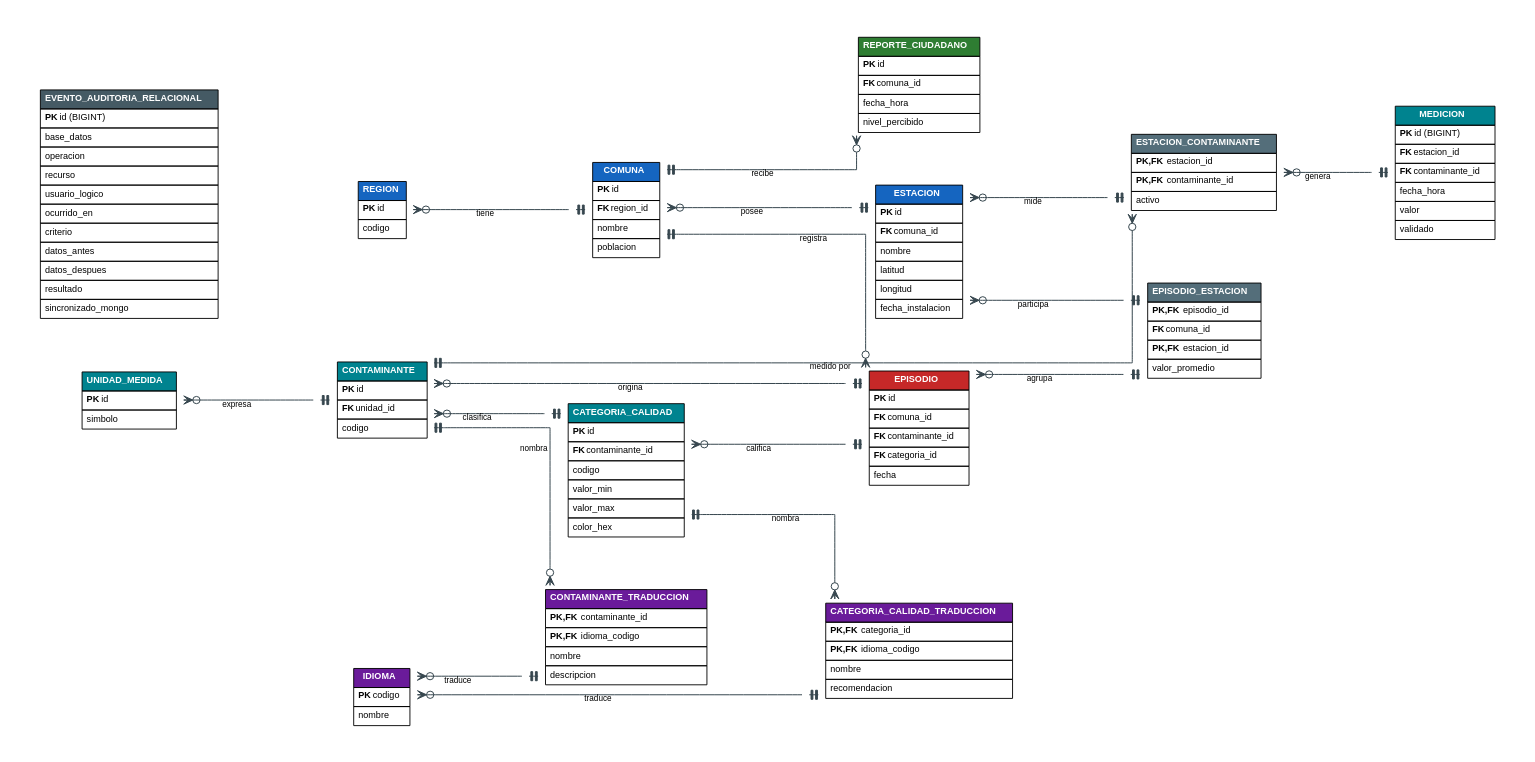
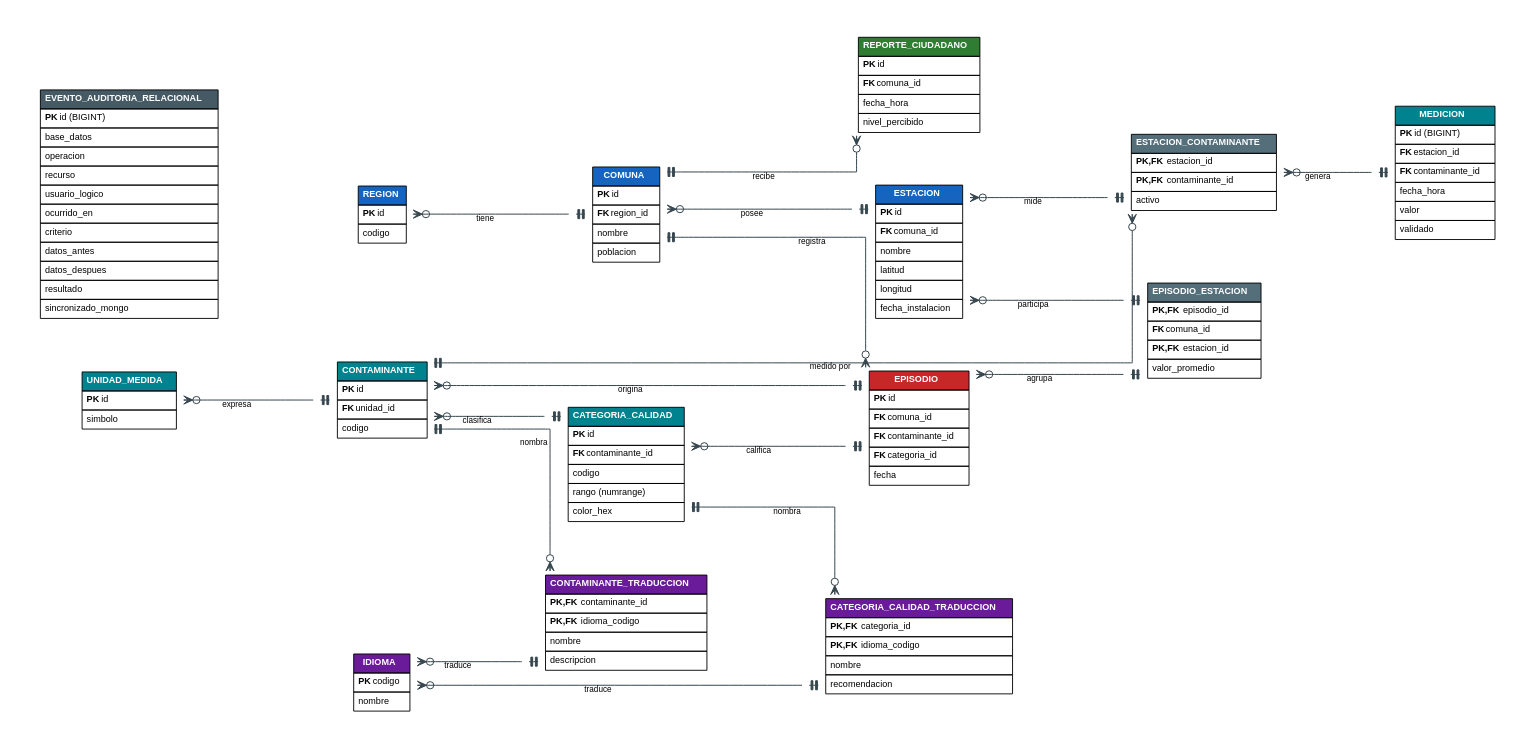
Before and after one commit to raztor/proyecto-bdd: the diagram in db/mer/mer.dot, drawn with Graphviz. The commit also changed 7 other files, not shown here.

```diff
--- a/db/mer/mer.dot
+++ b/db/mer/mer.dot
@@ -1,170 +1,169 @@
 digraph MER {
     rankdir=LR;
     bgcolor="white";
     nodesep=0.7;
     ranksep=1.6;
     splines=ortho;
     graph [fontname="Helvetica", pad="0.4"];
     node  [shape=plaintext, fontname="Helvetica", fontsize=10];
     edge  [dir=both, arrowtail=teetee, arrowhead=crowodot,
            color="#37474F", penwidth=1.1, fontname="Helvetica", fontsize=9];
 
     region [label=<
       <table border="0" cellborder="1" cellspacing="0" cellpadding="4" bgcolor="white">
         <tr><td bgcolor="#1565C0"><font color="white"><b>REGION</b></font></td></tr>
         <tr><td align="left"><b>PK</b> id</td></tr>
         <tr><td align="left">codigo</td></tr>
       </table>>];
 
     comuna [label=<
       <table border="0" cellborder="1" cellspacing="0" cellpadding="4" bgcolor="white">
         <tr><td bgcolor="#1565C0"><font color="white"><b>COMUNA</b></font></td></tr>
         <tr><td align="left"><b>PK</b> id</td></tr>
         <tr><td align="left"><b>FK</b> region_id</td></tr>
         <tr><td align="left">nombre</td></tr>
         <tr><td align="left">poblacion</td></tr>
       </table>>];
 
     estacion [label=<
       <table border="0" cellborder="1" cellspacing="0" cellpadding="4" bgcolor="white">
         <tr><td bgcolor="#1565C0"><font color="white"><b>ESTACION</b></font></td></tr>
         <tr><td align="left"><b>PK</b> id</td></tr>
         <tr><td align="left"><b>FK</b> comuna_id</td></tr>
         <tr><td align="left">nombre</td></tr>
         <tr><td align="left">latitud</td></tr>
         <tr><td align="left">longitud</td></tr>
         <tr><td align="left">fecha_instalacion</td></tr>
       </table>>];
 
     unidad_medida [label=<
       <table border="0" cellborder="1" cellspacing="0" cellpadding="4" bgcolor="white">
         <tr><td bgcolor="#00838F"><font color="white"><b>UNIDAD_MEDIDA</b></font></td></tr>
         <tr><td align="left"><b>PK</b> id</td></tr>
         <tr><td align="left">simbolo</td></tr>
       </table>>];
 
     contaminante [label=<
       <table border="0" cellborder="1" cellspacing="0" cellpadding="4" bgcolor="white">
         <tr><td bgcolor="#00838F"><font color="white"><b>CONTAMINANTE</b></font></td></tr>
         <tr><td align="left"><b>PK</b> id</td></tr>
         <tr><td align="left"><b>FK</b> unidad_id</td></tr>
         <tr><td align="left">codigo</td></tr>
       </table>>];
 
     estacion_contaminante [label=<
       <table border="0" cellborder="1" cellspacing="0" cellpadding="4" bgcolor="white">
         <tr><td bgcolor="#546E7A"><font color="white"><b>ESTACION_CONTAMINANTE</b></font></td></tr>
         <tr><td align="left"><b>PK,FK</b> estacion_id</td></tr>
         <tr><td align="left"><b>PK,FK</b> contaminante_id</td></tr>
         <tr><td align="left">activo</td></tr>
       </table>>];
 
     medicion [label=<
       <table border="0" cellborder="1" cellspacing="0" cellpadding="4" bgcolor="white">
         <tr><td bgcolor="#00838F"><font color="white"><b>MEDICION</b></font></td></tr>
         <tr><td align="left"><b>PK</b> id (BIGINT)</td></tr>
         <tr><td align="left"><b>FK</b> estacion_id</td></tr>
         <tr><td align="left"><b>FK</b> contaminante_id</td></tr>
         <tr><td align="left">fecha_hora</td></tr>
         <tr><td align="left">valor</td></tr>
         <tr><td align="left">validado</td></tr>
       </table>>];
 
     categoria_calidad [label=<
       <table border="0" cellborder="1" cellspacing="0" cellpadding="4" bgcolor="white">
         <tr><td bgcolor="#00838F"><font color="white"><b>CATEGORIA_CALIDAD</b></font></td></tr>
         <tr><td align="left"><b>PK</b> id</td></tr>
         <tr><td align="left"><b>FK</b> contaminante_id</td></tr>
         <tr><td align="left">codigo</td></tr>
-        <tr><td align="left">valor_min</td></tr>
-        <tr><td align="left">valor_max</td></tr>
+        <tr><td align="left">rango (numrange)</td></tr>
         <tr><td align="left">color_hex</td></tr>
       </table>>];
 
     episodio [label=<
       <table border="0" cellborder="1" cellspacing="0" cellpadding="4" bgcolor="white">
         <tr><td bgcolor="#C62828"><font color="white"><b>EPISODIO</b></font></td></tr>
         <tr><td align="left"><b>PK</b> id</td></tr>
         <tr><td align="left"><b>FK</b> comuna_id</td></tr>
         <tr><td align="left"><b>FK</b> contaminante_id</td></tr>
         <tr><td align="left"><b>FK</b> categoria_id</td></tr>
         <tr><td align="left">fecha</td></tr>
       </table>>];
 
     episodio_estacion [label=<
       <table border="0" cellborder="1" cellspacing="0" cellpadding="4" bgcolor="white">
         <tr><td bgcolor="#546E7A"><font color="white"><b>EPISODIO_ESTACION</b></font></td></tr>
         <tr><td align="left"><b>PK,FK</b> episodio_id</td></tr>
         <tr><td align="left"><b>FK</b> comuna_id</td></tr>
         <tr><td align="left"><b>PK,FK</b> estacion_id</td></tr>
         <tr><td align="left">valor_promedio</td></tr>
       </table>>];
 
     reporte_ciudadano [label=<
       <table border="0" cellborder="1" cellspacing="0" cellpadding="4" bgcolor="white">
         <tr><td bgcolor="#2E7D32"><font color="white"><b>REPORTE_CIUDADANO</b></font></td></tr>
         <tr><td align="left"><b>PK</b> id</td></tr>
         <tr><td align="left"><b>FK</b> comuna_id</td></tr>
         <tr><td align="left">fecha_hora</td></tr>
         <tr><td align="left">nivel_percibido</td></tr>
       </table>>];
 
     idioma [label=<
       <table border="0" cellborder="1" cellspacing="0" cellpadding="4" bgcolor="white">
         <tr><td bgcolor="#6A1B9A"><font color="white"><b>IDIOMA</b></font></td></tr>
         <tr><td align="left"><b>PK</b> codigo</td></tr>
         <tr><td align="left">nombre</td></tr>
       </table>>];
 
     contaminante_traduccion [label=<
       <table border="0" cellborder="1" cellspacing="0" cellpadding="4" bgcolor="white">
         <tr><td bgcolor="#6A1B9A"><font color="white"><b>CONTAMINANTE_TRADUCCION</b></font></td></tr>
         <tr><td align="left"><b>PK,FK</b> contaminante_id</td></tr>
         <tr><td align="left"><b>PK,FK</b> idioma_codigo</td></tr>
         <tr><td align="left">nombre</td></tr>
         <tr><td align="left">descripcion</td></tr>
       </table>>];
 
     categoria_calidad_traduccion [label=<
       <table border="0" cellborder="1" cellspacing="0" cellpadding="4" bgcolor="white">
         <tr><td bgcolor="#6A1B9A"><font color="white"><b>CATEGORIA_CALIDAD_TRADUCCION</b></font></td></tr>
         <tr><td align="left"><b>PK,FK</b> categoria_id</td></tr>
         <tr><td align="left"><b>PK,FK</b> idioma_codigo</td></tr>
         <tr><td align="left">nombre</td></tr>
         <tr><td align="left">recomendacion</td></tr>
       </table>>];
 
     evento_auditoria_relacional [label=<
       <table border="0" cellborder="1" cellspacing="0" cellpadding="4" bgcolor="white">
         <tr><td bgcolor="#455A64"><font color="white"><b>EVENTO_AUDITORIA_RELACIONAL</b></font></td></tr>
         <tr><td align="left"><b>PK</b> id (BIGINT)</td></tr>
         <tr><td align="left">base_datos</td></tr>
         <tr><td align="left">operacion</td></tr>
         <tr><td align="left">recurso</td></tr>
         <tr><td align="left">usuario_logico</td></tr>
         <tr><td align="left">ocurrido_en</td></tr>
         <tr><td align="left">criterio</td></tr>
         <tr><td align="left">datos_antes</td></tr>
         <tr><td align="left">datos_despues</td></tr>
         <tr><td align="left">resultado</td></tr>
         <tr><td align="left">sincronizado_mongo</td></tr>
       </table>>];
 
     region        -> comuna                [xlabel="tiene"];
     comuna        -> estacion              [xlabel="posee"];
     comuna        -> episodio              [xlabel="registra"];
     comuna        -> reporte_ciudadano     [xlabel="recibe"];
     estacion      -> estacion_contaminante [xlabel="mide"];
     estacion      -> episodio_estacion     [xlabel="participa"];
     contaminante  -> estacion_contaminante [xlabel="medido por"];
     contaminante  -> categoria_calidad     [xlabel="clasifica"];
     unidad_medida -> contaminante          [xlabel="expresa"];
     estacion_contaminante -> medicion      [xlabel="genera"];
     contaminante  -> episodio              [xlabel="origina"];
     categoria_calidad -> episodio          [xlabel="califica"];
     episodio      -> episodio_estacion     [xlabel="agrupa"];
     idioma        -> contaminante_traduccion [xlabel="traduce"];
     idioma        -> categoria_calidad_traduccion [xlabel="traduce"];
     contaminante  -> contaminante_traduccion [xlabel="nombra"];
     categoria_calidad -> categoria_calidad_traduccion [xlabel="nombra"];
 }
```
